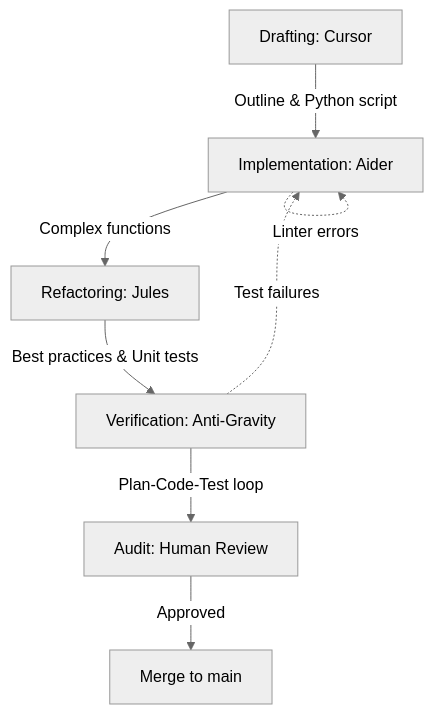
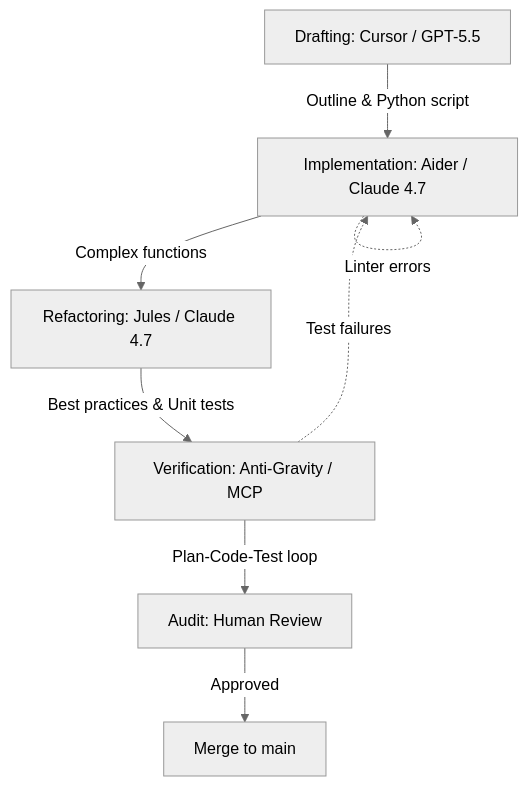
The diagram in docs/playbooks/dev-workflow-ai-assisted.md (joanmarcriera/Home-office-automations), drawn with Mermaid (neutral theme) before and after one commit. The commit also changed other lines of this file and 4 other files, not shown here.

````diff
--- a/docs/playbooks/dev-workflow-ai-assisted.md
+++ b/docs/playbooks/dev-workflow-ai-assisted.md
@@ -67,10 +70,10 @@
 ```mermaid
 flowchart TD
-    A[Drafting: Cursor] -->|Outline & Python script| B[Implementation: Aider]
-    B -->|Complex functions| C[Refactoring: Jules]
-    C -->|Best practices & Unit tests| D[Verification: Anti-Gravity]
+    A[Drafting: Cursor / GPT-5.5] -->|Outline & Python script| B[Implementation: Aider / Claude 4.7]
+    B -->|Complex functions| C[Refactoring: Jules / Claude 4.7]
+    C -->|Best practices & Unit tests| D[Verification: Anti-Gravity / MCP]
     D -->|Plan-Code-Test loop| E[Audit: Human Review]
     E -->|Approved| F[Merge to main]
     B -.->|Linter errors| B
     D -.->|Test failures| B
 ```
````
